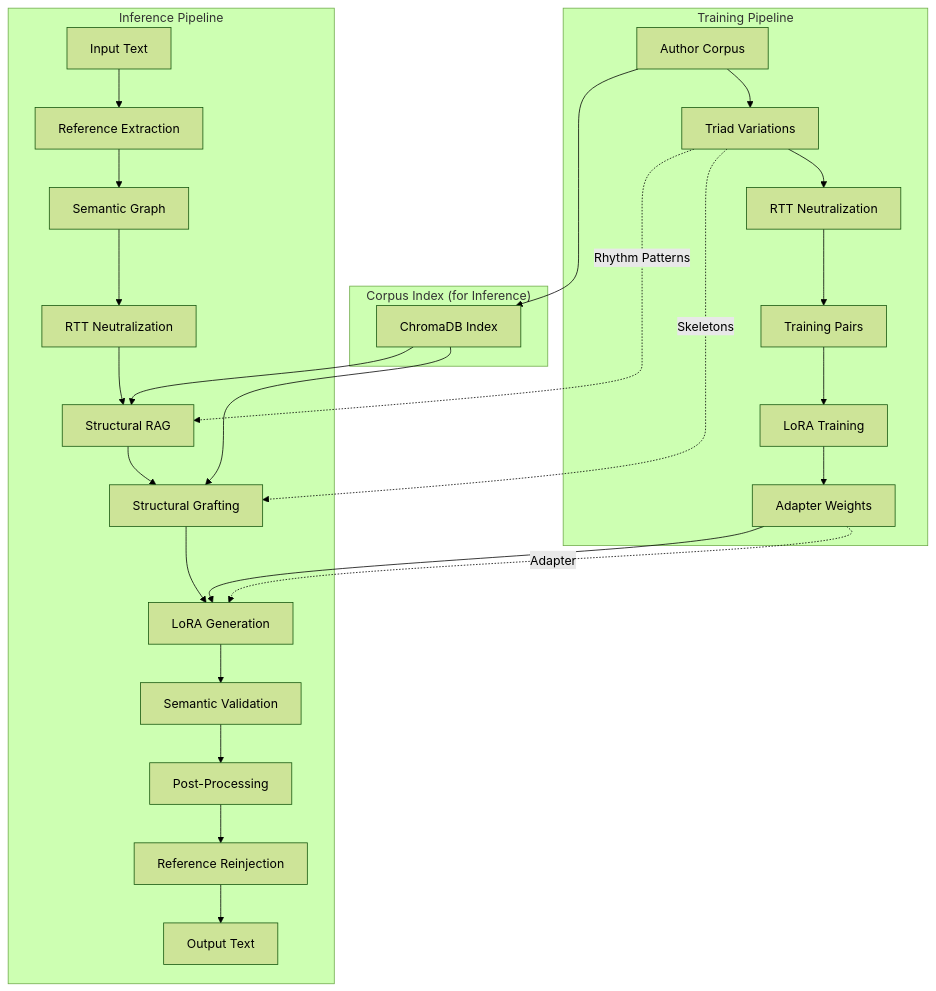
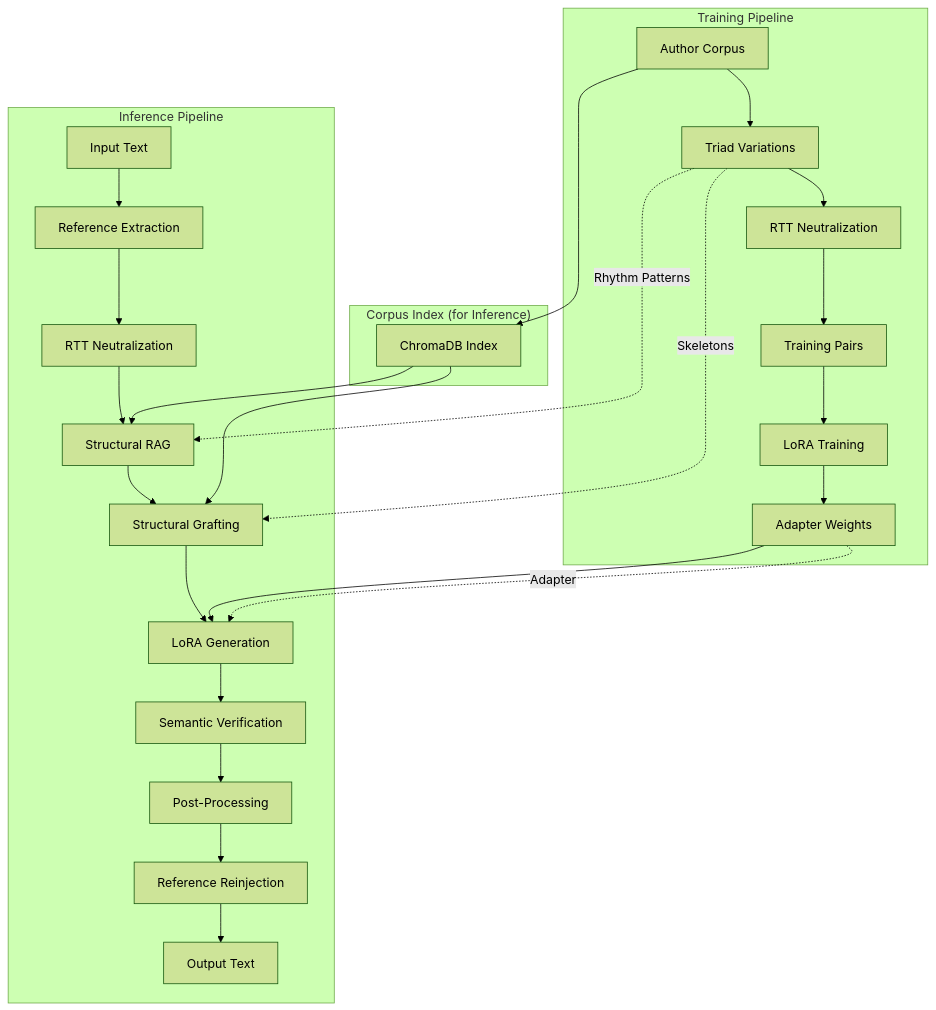
Before and after one commit to yogthos/revenant: the first of 3 diagrams in docs/architecture.md, drawn with Mermaid (forest theme). The commit also changed other lines of this file and 20 other files, not shown here.

````diff
--- a/docs/architecture.md
+++ b/docs/architecture.md
@@ -9,34 +9,33 @@
 ```mermaid
 flowchart TB
     subgraph Training["Training Pipeline"]
         T1[Author Corpus] --> T2[Triad Variations]
         T2 --> T3[RTT Neutralization]
         T3 --> T4[Training Pairs]
         T4 --> T5[LoRA Training]
         T5 --> T6[Adapter Weights]
     end
 
     subgraph IndexDB["Corpus Index (for Inference)"]
         T1 --> C1[ChromaDB Index]
     end
 
     subgraph Inference["Inference Pipeline"]
         I1[Input Text] --> I2[Reference Extraction]
-        I2 --> I3[Semantic Graph]
-        I3 --> I4[RTT Neutralization]
-        I4 --> I5[Structural RAG]
+        I2 --> I3[RTT Neutralization]
+        I3 --> I4[Structural RAG]
+        C1 --> I4
+        I4 --> I5[Structural Grafting]
         C1 --> I5
-        I5 --> I6[Structural Grafting]
-        C1 --> I6
-        I6 --> I7[LoRA Generation]
-        T6 --> I7
-        I7 --> I8[Semantic Validation]
-        I8 --> I9[Post-Processing]
-        I9 --> I10[Reference Reinjection]
-        I10 --> I11[Output Text]
+        I5 --> I6[LoRA Generation]
+        T6 --> I6
+        I6 --> I7[Semantic Verification]
+        I7 --> I8[Post-Processing]
+        I8 --> I9[Reference Reinjection]
+        I9 --> I10[Output Text]
     end
 
-    T2 -.->|Rhythm Patterns| I5
-    T2 -.->|Skeletons| I6
-    T6 -.->|Adapter| I7
+    T2 -.->|Rhythm Patterns| I4
+    T2 -.->|Skeletons| I5
+    T6 -.->|Adapter| I6
 ```
````
